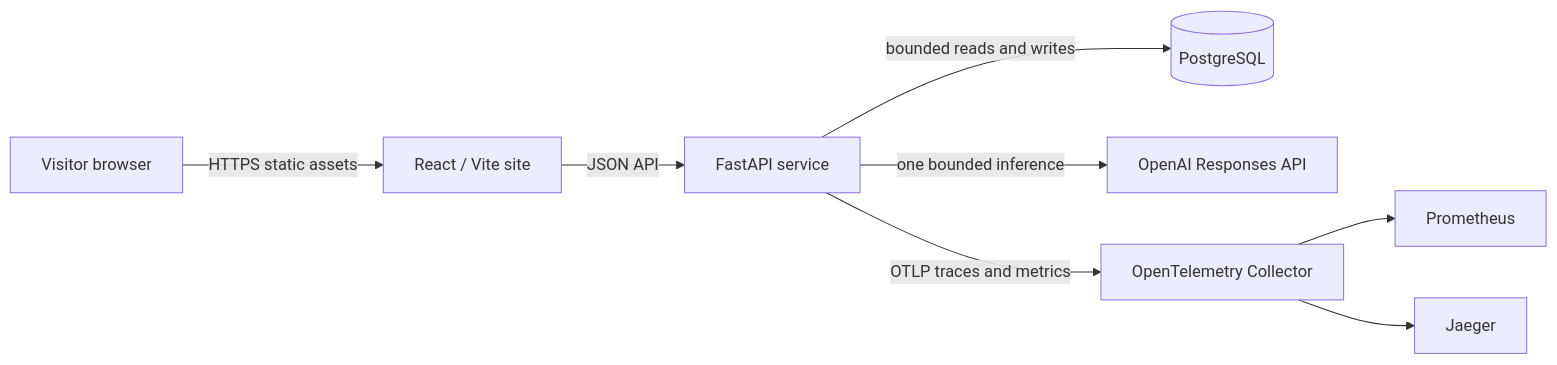
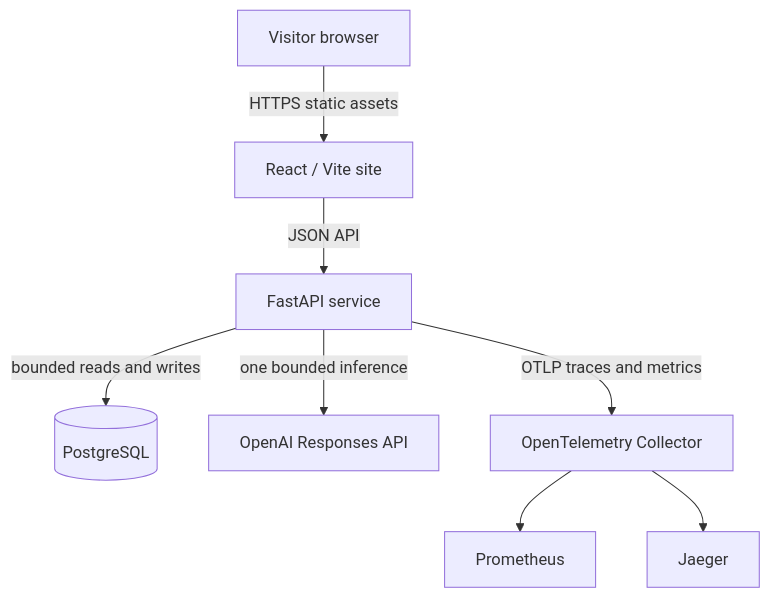
One commit to shaviJayasingha/incident-atlas changed the first of 2 diagrams in docs/architecture.md. Above: the diagram before and after it, drawn with Mermaid. The commit also changed other lines of this file and 2 other files, not shown here.

Commit message:
Complete deployment diagram and current data notes

````diff
--- a/docs/architecture.md
+++ b/docs/architecture.md
@@ -23,10 +23,10 @@
 ```mermaid
-flowchart LR
+flowchart TD
   V["Visitor browser"] -->|"HTTPS static assets"| W["React / Vite site"]
   W -->|"JSON API"| A["FastAPI service"]
   A -->|"bounded reads and writes"| D[("PostgreSQL")]
   A -->|"one bounded inference"| M["OpenAI Responses API"]
   A -->|"OTLP traces and metrics"| C["OpenTelemetry Collector"]
   C --> P["Prometheus"]
   C --> J["Jaeger"]
 ```
````
